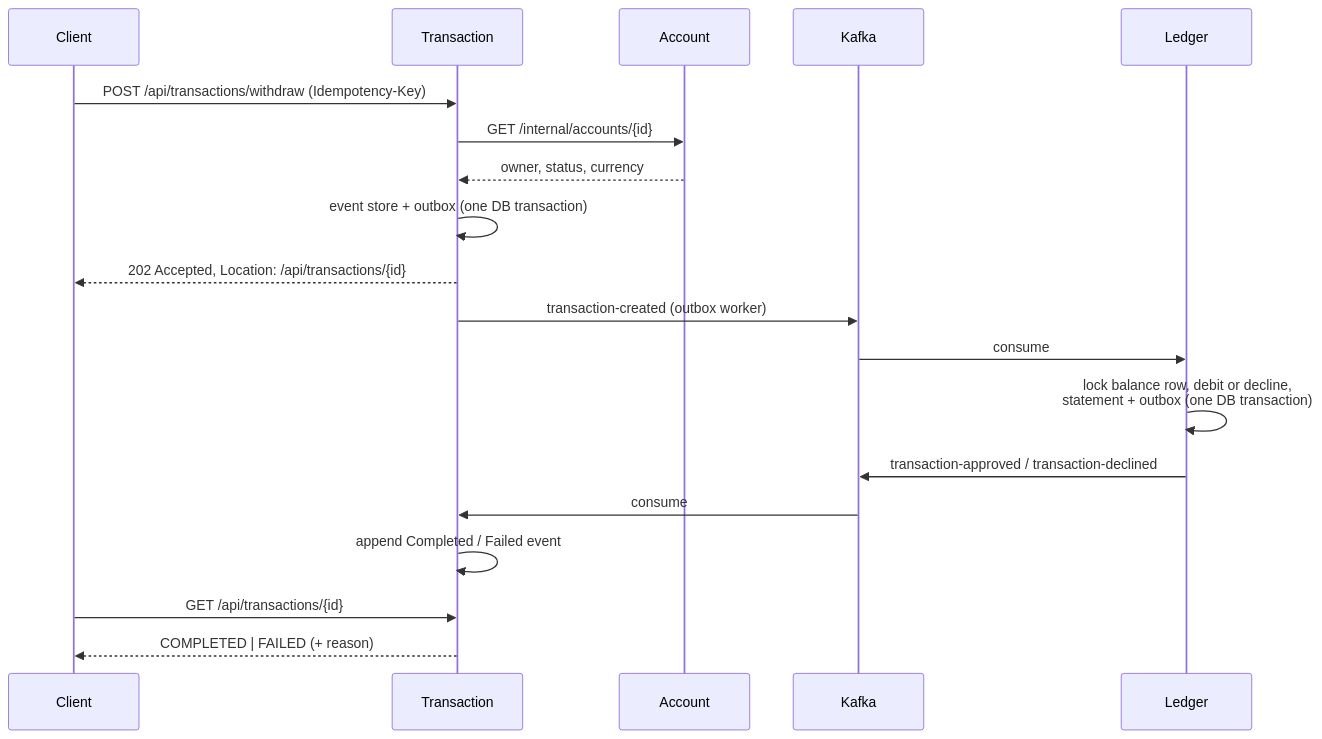
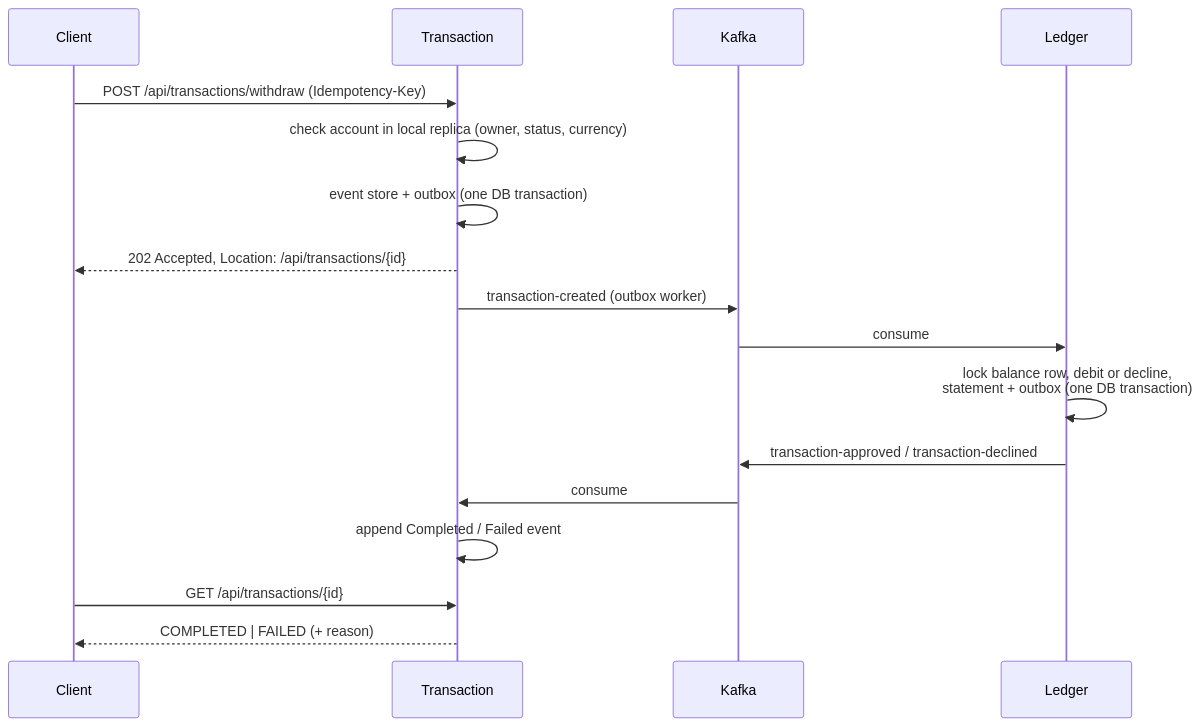
Before and after one commit to nikola8217/Bankflow: the second of 2 diagrams in README.md, drawn with Mermaid. The commit also changed other lines of this file and 12 other files, not shown here.

Commit message:
refactor: remove the internal account endpoint and API key

````diff
--- a/README.md
+++ b/README.md
@@ -65,22 +65,20 @@
 ```mermaid
 sequenceDiagram
     participant C as Client
     participant T as Transaction
-    participant A as Account
     participant K as Kafka
     participant L as Ledger
 
     C->>T: POST /api/transactions/withdraw (Idempotency-Key)
-    T->>A: GET /internal/accounts/{id}
-    A-->>T: owner, status, currency
+    T->>T: check account in local replica (owner, status, currency)
     T->>T: event store + outbox (one DB transaction)
     T-->>C: 202 Accepted, Location: /api/transactions/{id}
     T->>K: transaction-created (outbox worker)
     K->>L: consume
     L->>L: lock balance row, debit or decline,<br/>statement + outbox (one DB transaction)
     L->>K: transaction-approved / transaction-declined
     K->>T: consume
     T->>T: append Completed / Failed event
     C->>T: GET /api/transactions/{id}
     T-->>C: COMPLETED | FAILED (+ reason)
 ```
````
